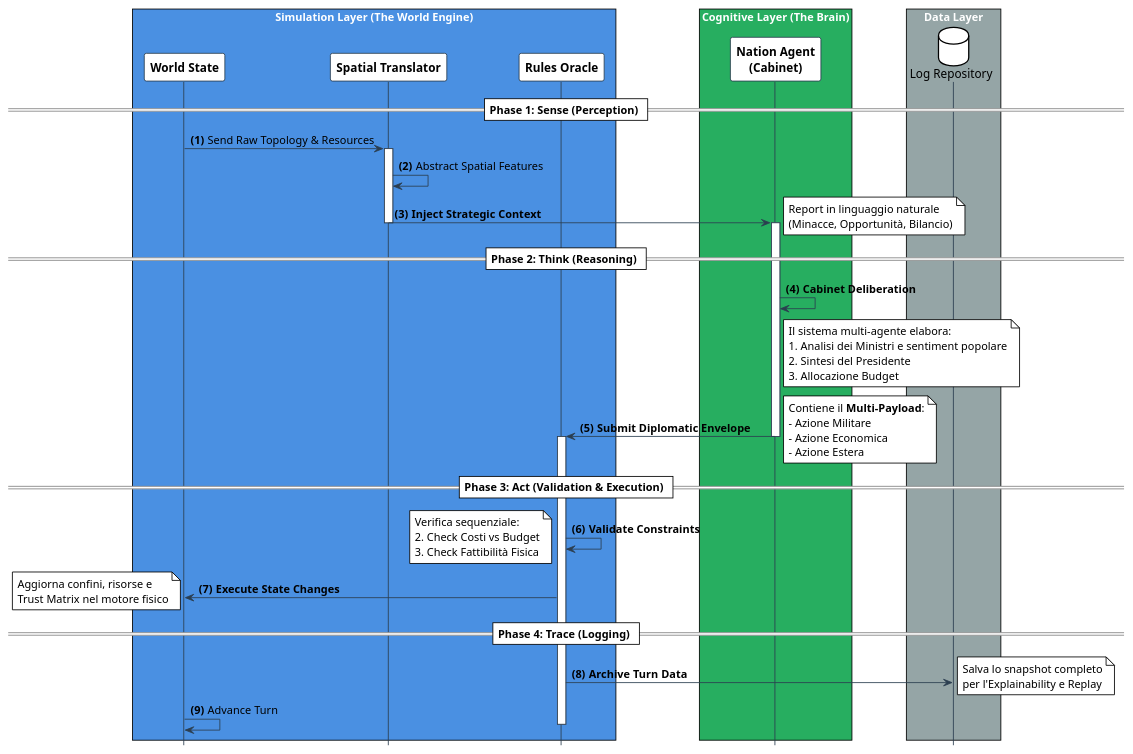
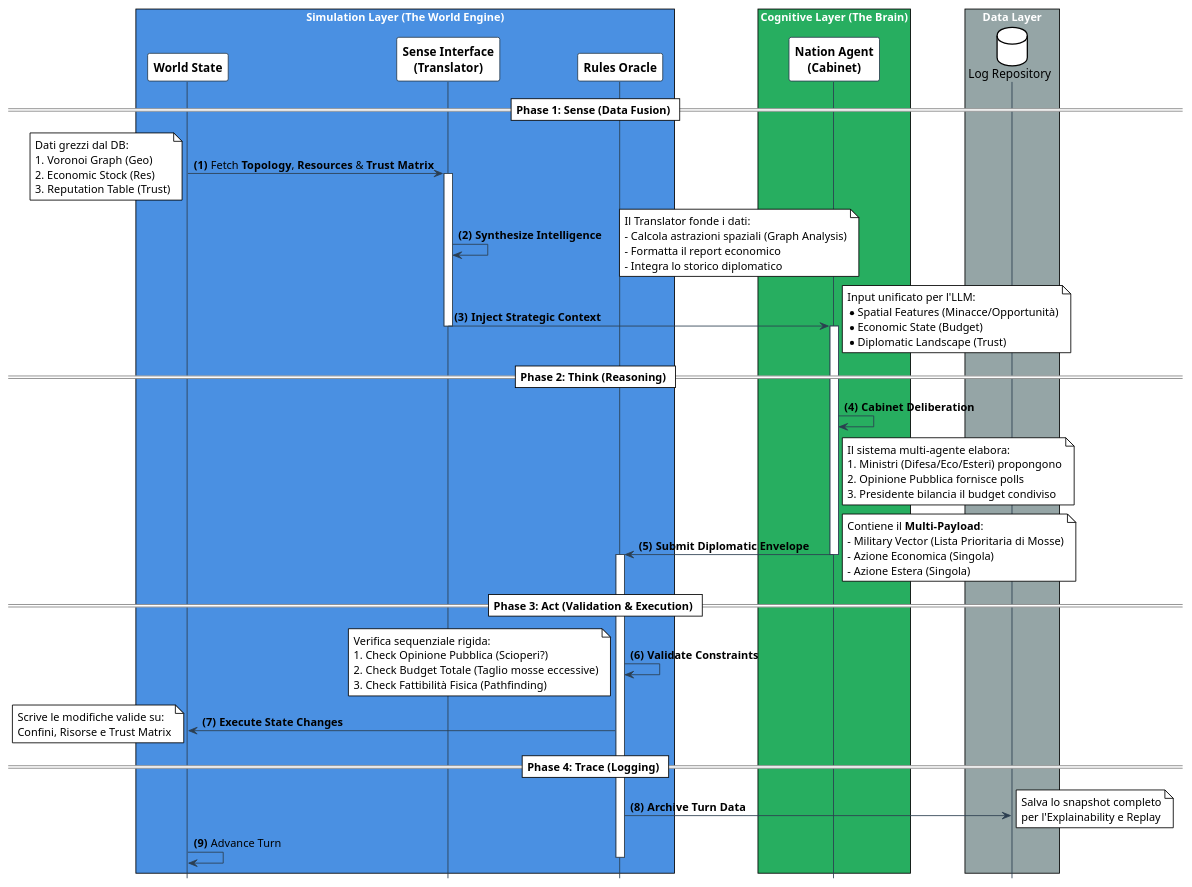
Before and after one commit to SugarStoneMaster/GeoMAS: the diagram in diagrams/sequence.puml, drawn with PlantUML.

Commit message:
Small fixes sequence

```diff
--- a/diagrams/sequence.puml
+++ b/diagrams/sequence.puml
@@ -1,91 +1,114 @@
 @startuml
 !theme plain
 hide footbox
 autonumber "<b>(0)</b>"
 
-' --- STILE VISIVO ---
+' --- STILE VISIVO (Preservato dal tuo esempio) ---
 skinparam sequence {
     ArrowColor #2C3E50
     LifeLineBorderColor #2C3E50
     LifeLineBackgroundColor White
 
     ParticipantBorderColor #2C3E50
     ParticipantBackgroundColor White
     ParticipantFontName Helvetica
     ParticipantFontSize 14
     ParticipantFontStyle bold
 
     BoxFontSize 16
     BoxFontColor White
 }
 
 ' --- ATTORI ---
 
 box "Simulation Layer (The World Engine)" #4A90E2
     participant "World State" as World
-    participant "Spatial Translator" as Sense
+    participant "Sense Interface\n(Translator)" as Sense
     participant "Rules Oracle" as Oracle
 end box
 
 box "Cognitive Layer (The Brain)" #27AE60
     participant "Nation Agent\n(Cabinet)" as Agent
 end box
 
 box "Data Layer" #95A5A6
     database "Log Repository" as DB
 end box
 
 ' --- INIZIO FLUSSO ---
 
-== Phase 1: Sense (Perception) ==
+== Phase 1: Sense (Data Fusion) ==
 
-World -> Sense : Send Raw Topology & Resources
+' 1. Qui specifichiamo che arrivano TUTTI i dati grezzi
+World -> Sense : Fetch **Topology**, **Resources** & **Trust Matrix**
+note left
+  Dati grezzi dal DB:
+  1. Voronoi Graph (Geo)
+  2. Economic Stock (Res)
+  3. Reputation Table (Trust)
+end note
 
 activate Sense
-Sense -> Sense : Abstract Spatial Features
+
+' 2. Qui mostriamo la fusione logica
+Sense -> Sense : **Synthesize Intelligence**
+note right
+  Il Translator fonde i dati:
+  - Calcola astrazioni spaziali (Graph Analysis)
+  - Formatta il report economico
+  - Integra lo storico diplomatico
+end note
+
+' 3. Qui l'output è il Context completo
 Sense -> Agent : <b>Inject Strategic Context</b>
-note right: Report in linguaggio naturale\n(Minacce, Opportunità, Bilancio)
+note right
+  Input unificato per l'LLM:
+  * Spatial Features (Minacce/Opportunità)
+  * Economic State (Budget)
+  * Diplomatic Landscape (Trust)
+end note
 deactivate Sense
 
 == Phase 2: Think (Reasoning) ==
 
 activate Agent
 Agent -> Agent : <b>Cabinet Deliberation</b>
 note right of Agent
   Il sistema multi-agente elabora:
-  1. Analisi dei Ministri e sentiment popolare
-  2. Sintesi del Presidente
-  3. Allocazione Budget
+  1. Ministri (Difesa/Eco/Esteri) propongono
+  2. Opinione Pubblica fornisce polls
+  3. Presidente bilancia il budget condiviso
 end note
 
 Agent -> Oracle : <b>Submit Diplomatic Envelope</b>
 note right
   Contiene il <b>Multi-Payload</b>:
-  - Azione Militare
-  - Azione Economica
-  - Azione Estera
+  - Military Vector (Lista Prioritaria di Mosse)
+  - Azione Economica (Singola)
+  - Azione Estera (Singola)
 end note
 deactivate Agent
 
 == Phase 3: Act (Validation & Execution) ==
 
 activate Oracle
 Oracle -> Oracle : <b>Validate Constraints</b>
 note left
-  Verifica sequenziale:
-  2. Check Costi vs Budget
-  3. Check Fattibilità Fisica
+  Verifica sequenziale rigida:
+  1. Check Opinione Pubblica (Scioperi?)
+  2. Check Budget Totale (Taglio mosse eccessive)
+  3. Check Fattibilità Fisica (Pathfinding)
 end note
 
 Oracle -> World : <b>Execute State Changes</b>
-note left: Aggiorna confini, risorse e\nTrust Matrix nel motore fisico
+note left: Scrive le modifiche valide su:\nConfini, Risorse e Trust Matrix
 
 == Phase 4: Trace (Logging) ==
 
 Oracle -> DB : <b>Archive Turn Data</b>
 note right: Salva lo snapshot completo\nper l'Explainability e Replay
 
 World -> World : Advance Turn
 deactivate Oracle
 
 @enduml
```
